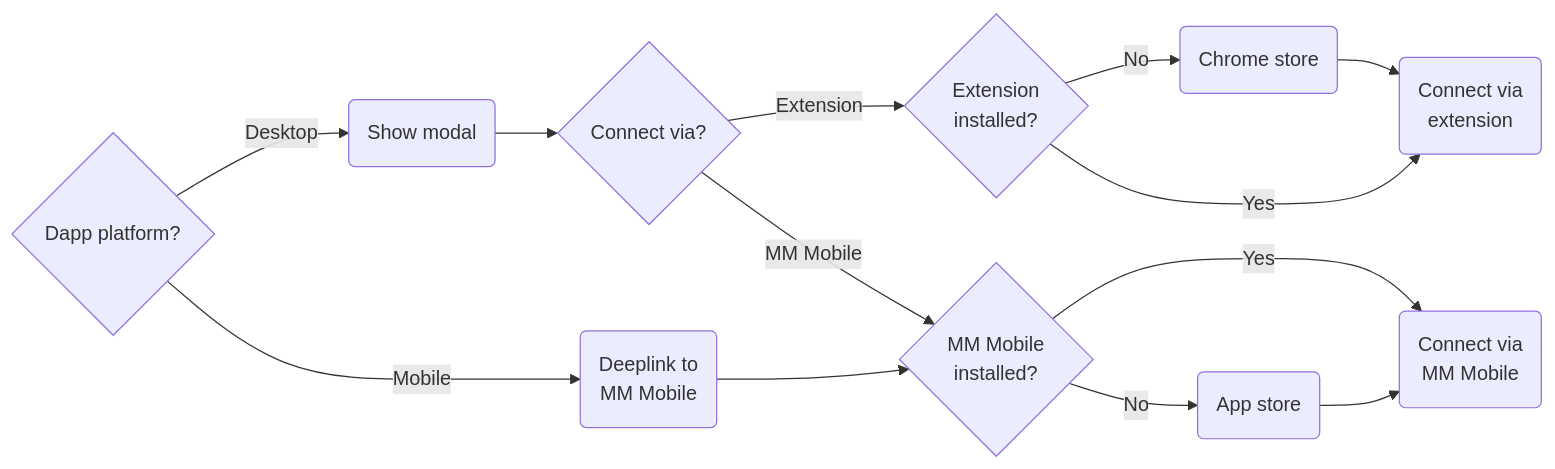
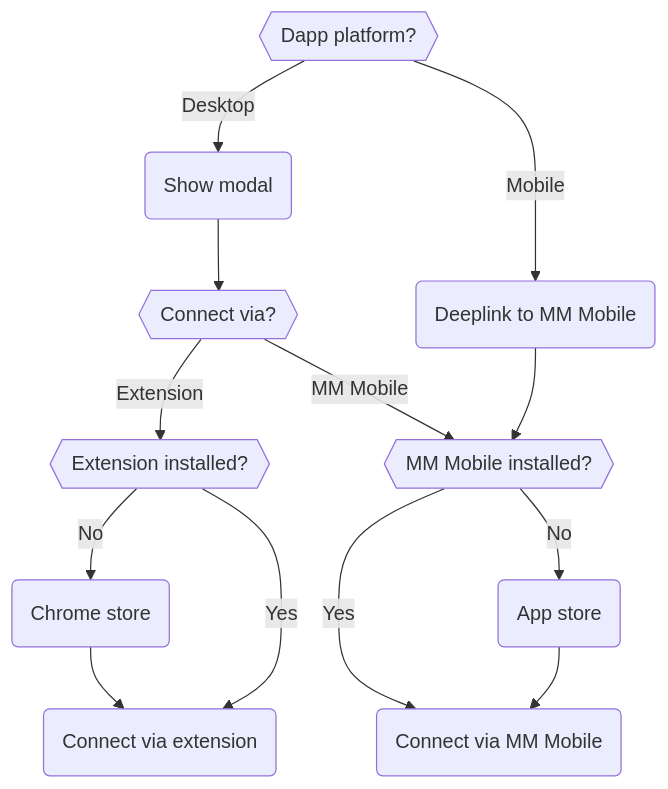
The first of 2 diagrams in wallet/concepts/sdk/connections.md (MetaMask/metamask-docs), drawn with Mermaid before and after one commit. The commit also changed other lines of this file and 3 other files, not shown here.

Commit message:
Update Keyring Snap diagrams

````diff
--- a/wallet/concepts/sdk/connections.md
+++ b/wallet/concepts/sdk/connections.md
@@ -15,12 +17,12 @@
 ```mermaid
-flowchart LR
-    A{Dapp platform?}
-    A -->|Desktop| C(Show modal) --> D{Connect via?}
-    D -->|Extension| E{Extension<br>installed?}
-    E -->|No| F(Chrome store) --> G(Connect via<br>extension)
+flowchart TD
+    A{{Dapp platform?}}
+    A -->|Desktop| C(Show modal) --> D{{Connect via?}}
+    D -->|Extension| E{{Extension installed?}}
+    E -->|No| F(Chrome store) --> G(Connect via extension)
     E -->|Yes| G
-    D -->|MM Mobile| H{MM Mobile<br>installed?}
+    D -->|MM Mobile| H{{MM Mobile installed?}}
     H -->|Yes| J
-    H -->|No| I(App store) --> J(Connect via<br>MM Mobile)
-    A -->|Mobile| K(Deeplink to<br>MM Mobile) --> H
+    H -->|No| I(App store) --> J(Connect via MM Mobile)
+    A -->|Mobile| K(Deeplink to MM Mobile) --> H
 ```
````
